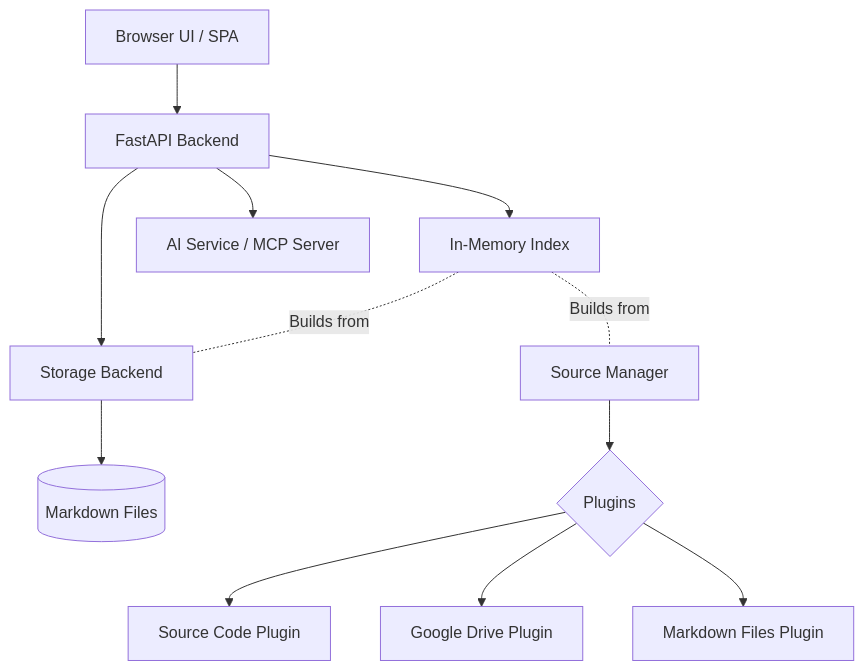
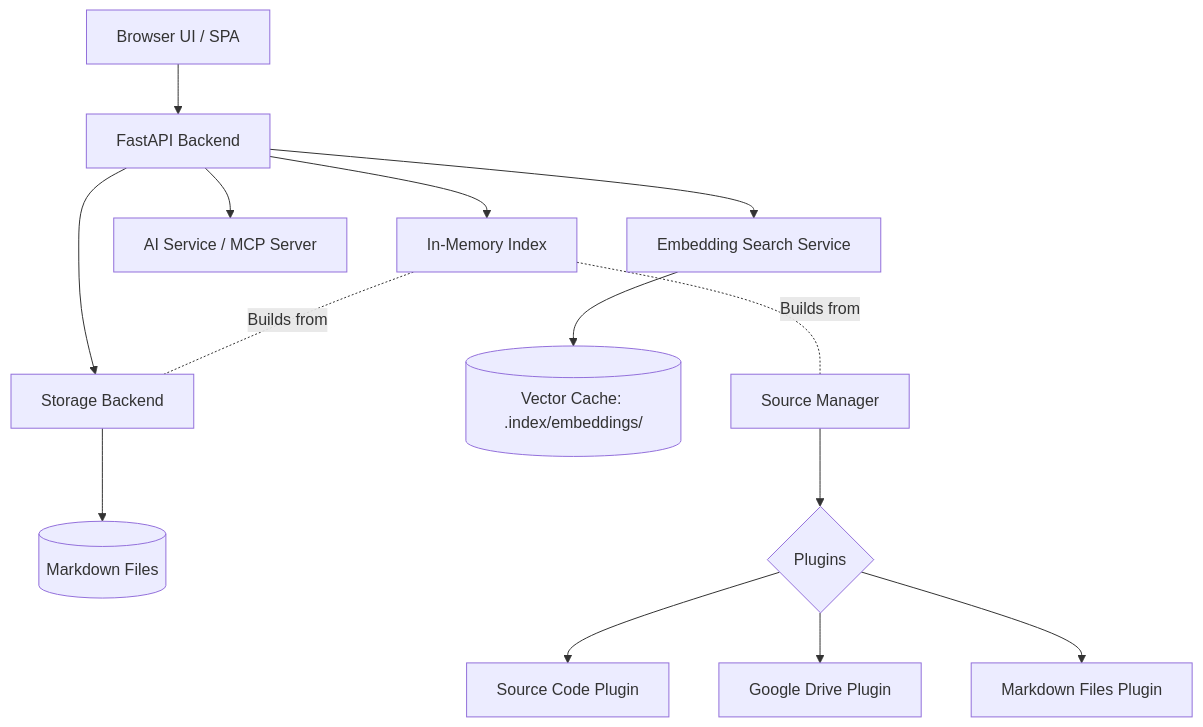
The diagram in knowledge/categories/system-architecture.md (inckie/WikiKnowledge), drawn with Mermaid before and after one commit. The commit also changed other lines of this file and 14 other files, not shown here.

Commit message:
+ embedding search

````diff
--- a/knowledge/categories/system-architecture.md
+++ b/knowledge/categories/system-architecture.md
@@ -22,17 +22,19 @@
 ```mermaid
 flowchart TD
     Client[Browser UI / SPA] --> API[FastAPI Backend]
     API --> Index[In-Memory Index]
     API --> Storage[Storage Backend]
     API --> AIService[AI Service / MCP Server]
+    API --> EmbeddingService[Embedding Search Service]
     
     Storage --> FS[(Markdown Files)]
+    EmbeddingService --> VectorCache[(Vector Cache: .index/embeddings/)]
     
     Index -. Builds from .- Storage
     Index -. Builds from .- SourceMgr[Source Manager]
     
     SourceMgr --> Plugins{Plugins}
     Plugins --> SourceCode[Source Code Plugin]
     Plugins --> GDrive[Google Drive Plugin]
     Plugins --> Markdown[Markdown Files Plugin]
 ```
````
